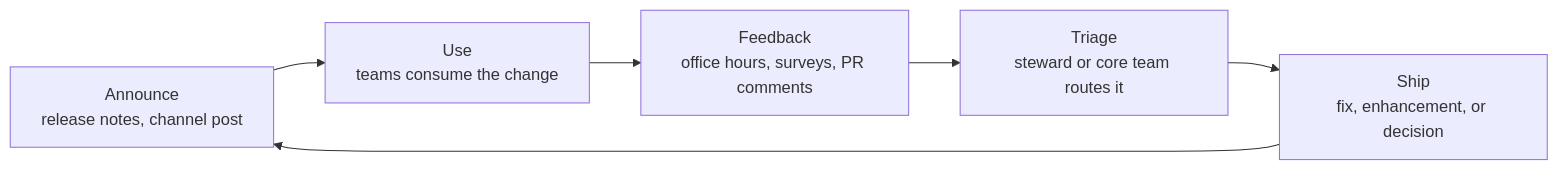
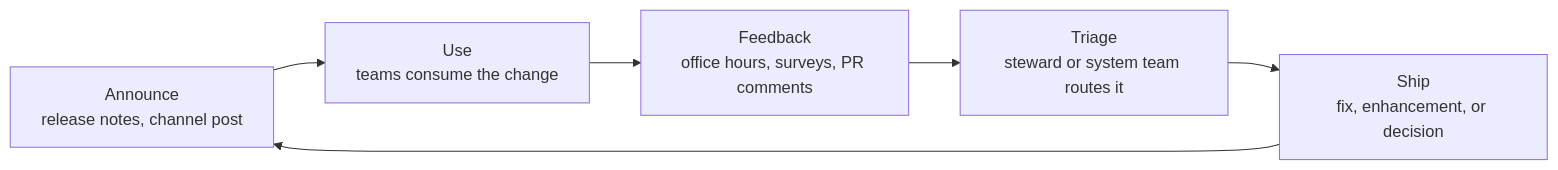
Before and after one commit to F4cu/ds101: the diagram in src/content/docs/operating-cadence.md, drawn with Mermaid. The commit also changed other lines of this file and 25 other files, not shown here.

````diff
--- a/src/content/docs/operating-cadence.md
+++ b/src/content/docs/operating-cadence.md
@@ -73,8 +73,8 @@
 ```mermaid
 graph LR
   A["Announce<br/>release notes, channel post"] --> B["Use<br/>teams consume the change"]
   B --> C["Feedback<br/>office hours, surveys, PR comments"]
-  C --> D["Triage<br/>steward or core team routes it"]
+  C --> D["Triage<br/>steward or system team routes it"]
   D --> E["Ship<br/>fix, enhancement, or decision"]
   E --> A
 ```
````
